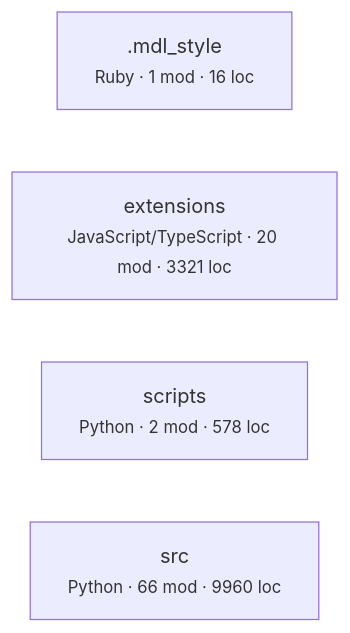
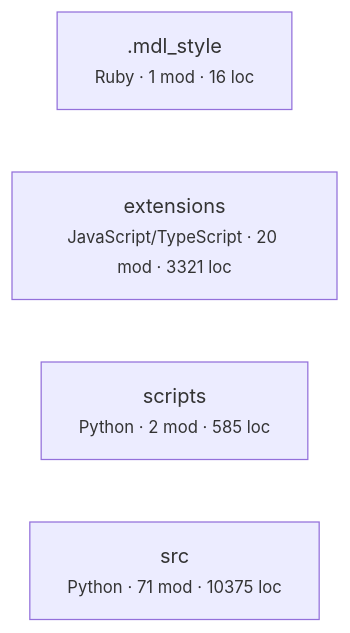
One commit to fabiocicerchia/gandalf changed the first of 3 diagrams in ARCHITECTURE.md. Above: the diagram before and after it, drawn with Mermaid. The commit also changed other lines of this file and 3 other files, not shown here.

````diff
--- a/ARCHITECTURE.md
+++ b/ARCHITECTURE.md
@@ -441,7 +438,7 @@
 ```mermaid
 graph LR
   _mdl_style[".mdl_style<br/><small>Ruby · 1 mod · 16 loc</small>"]
   extensions["extensions<br/><small>JavaScript/TypeScript · 20 mod · 3321 loc</small>"]
-  scripts["scripts<br/><small>Python · 2 mod · 578 loc</small>"]
-  src["src<br/><small>Python · 66 mod · 9960 loc</small>"]
+  scripts["scripts<br/><small>Python · 2 mod · 585 loc</small>"]
+  src["src<br/><small>Python · 71 mod · 10375 loc</small>"]
 ```
````
